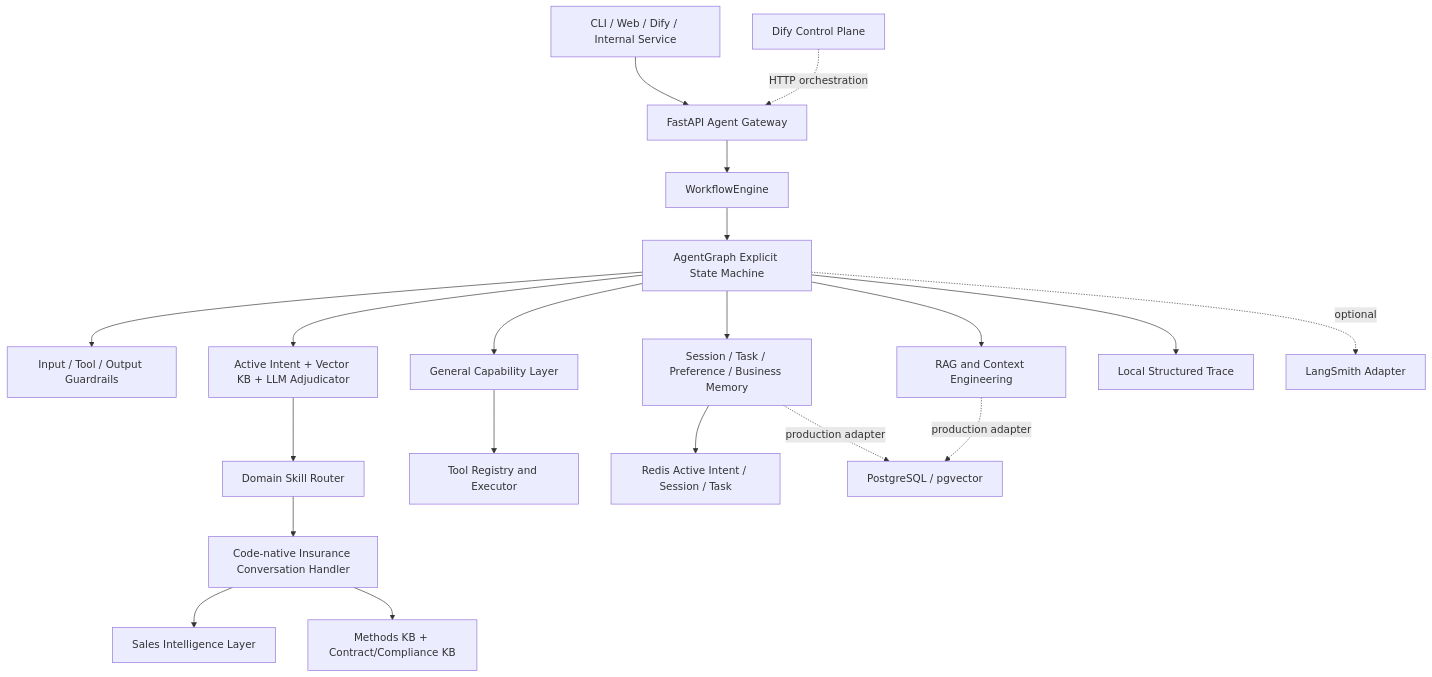
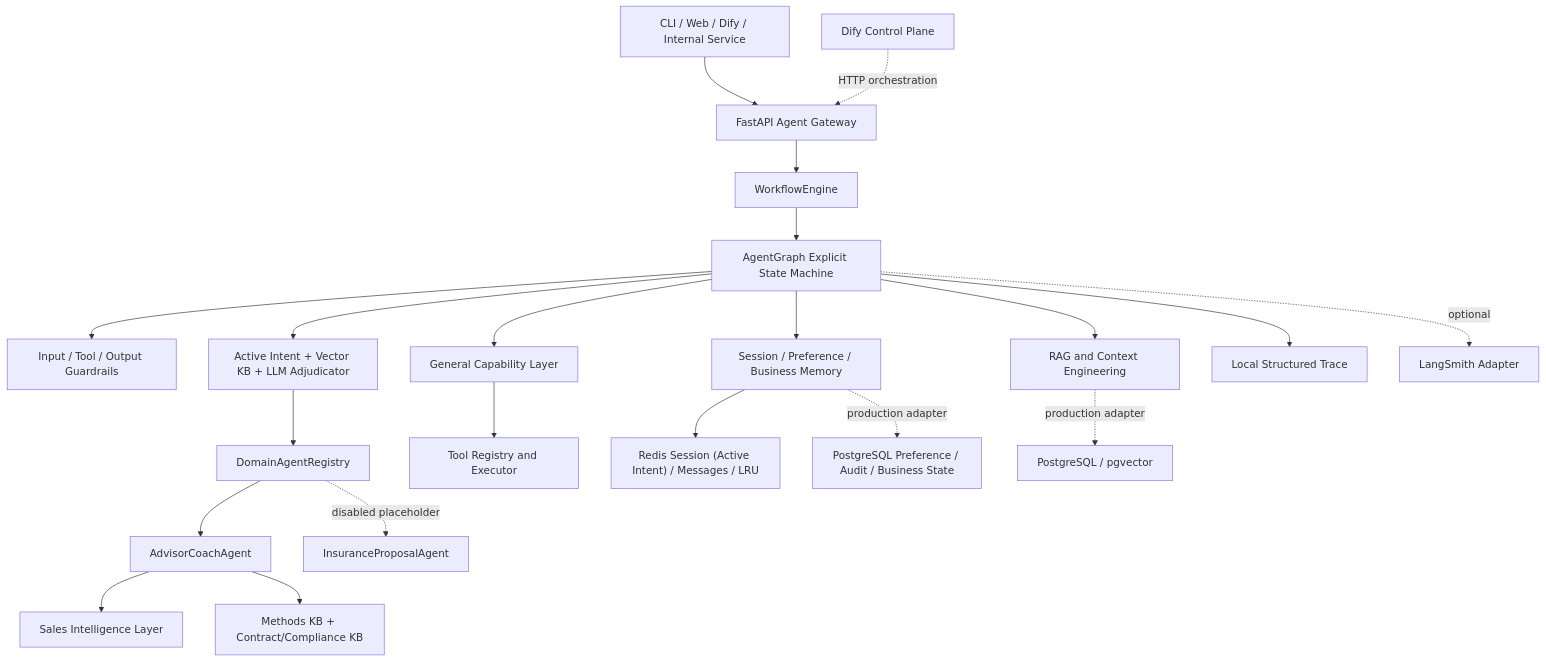
The first of 2 diagrams in README.md (yinghanpeng/ins_advisor_agent), drawn with Mermaid before and after one commit. The commit also changed other lines of this file and 33 other files, not shown here.

Commit message:
feat:graph api重构

````diff
--- a/README.md
+++ b/README.md
@@ -77,25 +77,26 @@
 ```mermaid
 flowchart TD
     Client["CLI / Web / Dify / Internal Service"] --> Gateway["FastAPI Agent Gateway"]
     Gateway --> Engine["WorkflowEngine"]
     Engine --> Graph["AgentGraph Explicit State Machine"]
 
     Graph --> Guardrails["Input / Tool / Output Guardrails"]
     Graph --> General["General Capability Layer"]
     Graph --> Intent["Active Intent + Vector KB + LLM Adjudicator"]
-    Intent --> Skills["Domain Skill Router"]
-    Graph --> Memory["Session / Task / Preference / Business Memory"]
+    Intent --> Skills["DomainAgentRegistry"]
+    Graph --> Memory["Session / Preference / Business Memory"]
     Graph --> Rag["RAG and Context Engineering"]
 
     General --> Tools["Tool Registry and Executor"]
-    Skills --> Insurance["Code-native Insurance Conversation Handler"]
+    Skills --> Insurance["AdvisorCoachAgent"]
+    Skills -. disabled placeholder .-> Proposal["InsuranceProposalAgent"]
     Insurance --> Sales["Sales Intelligence Layer"]
     Insurance --> DualKB["Methods KB + Contract/Compliance KB"]
-    Memory --> Redis["Redis Active Intent / Session / Task"]
+    Memory --> Redis["Redis Session (Active Intent) / Messages / LRU"]
 
     Graph --> Trace["Local Structured Trace"]
     Graph -. optional .-> LangSmith["LangSmith Adapter"]
-    Memory -. production adapter .-> Postgres["PostgreSQL / pgvector"]
-    Rag -. production adapter .-> Postgres
+    Memory -. production adapter .-> Postgres["PostgreSQL Preference / Audit / Business State"]
+    Rag -. production adapter .-> VectorStore["PostgreSQL / pgvector"]
     Dify["Dify Control Plane"] -. HTTP orchestration .-> Gateway
 ```
````
